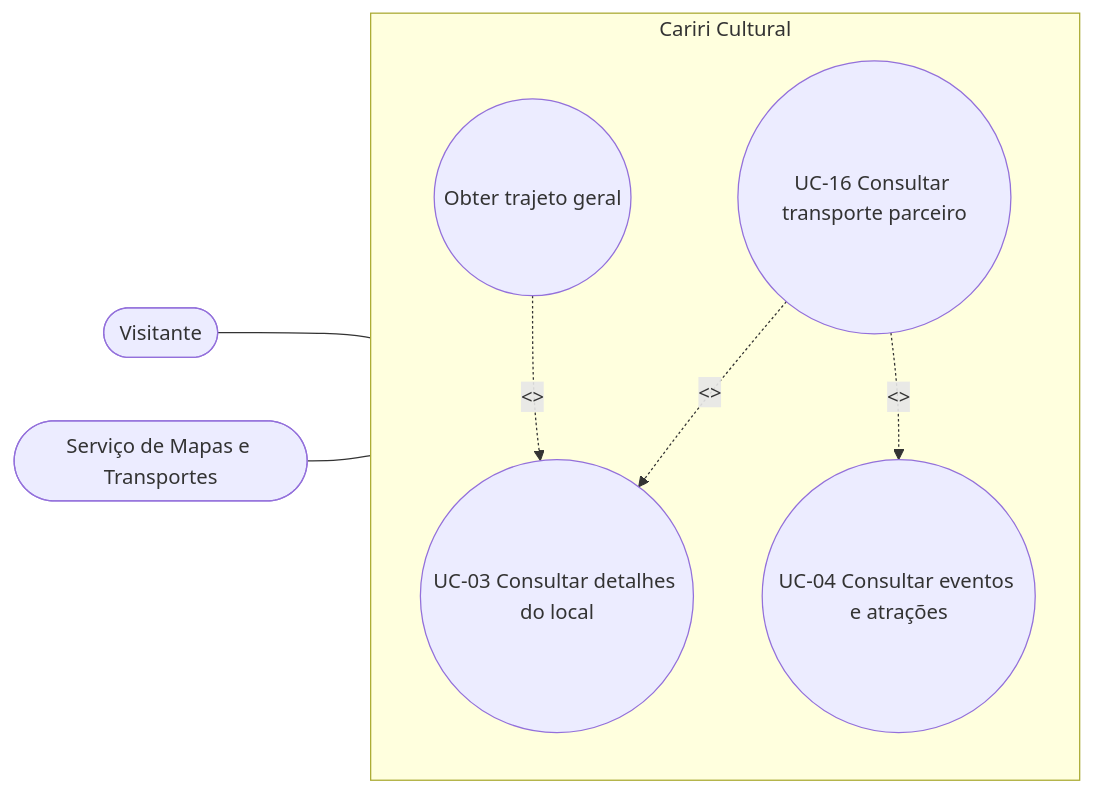
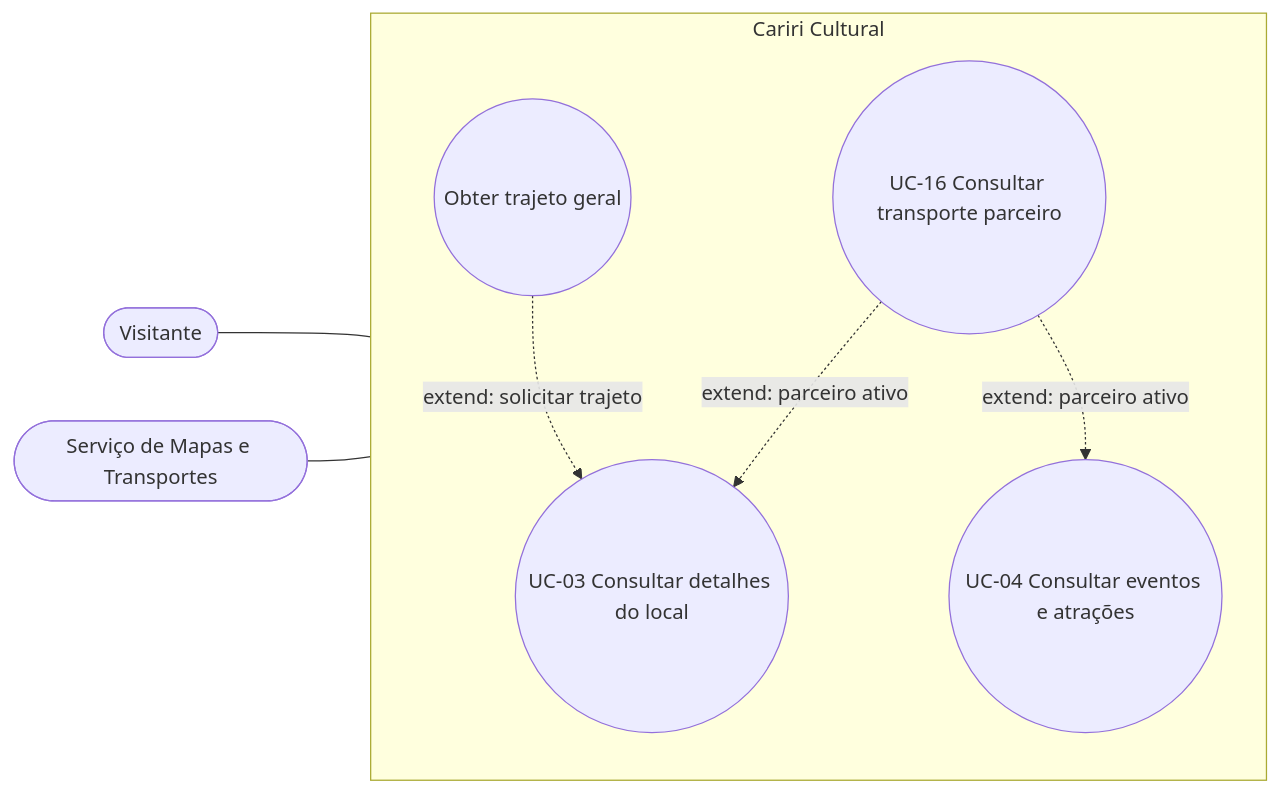
The third of 5 diagrams in home/user-cases/use-cases-diagram.md (alan-mendes-ufca/CaririCultural), drawn with Mermaid before and after one commit. The commit also changed other lines of this file, not shown here.

Commit message:
fix `use-cases-diagram` relationships

````diff
--- a/home/user-cases/use-cases-diagram.md
+++ b/home/user-cases/use-cases-diagram.md
@@ -108,27 +108,27 @@
 ```mermaid
 flowchart LR
     %% Atores
     V([Visitante])
     MAP([Serviço de Mapas e Transportes])
 
     %% Fronteira
     subgraph CC [Cariri Cultural]
         direction TB
         UC03((UC-03 Consultar detalhes do local))
         UC04((UC-04 Consultar eventos e atrações))
         UC16((UC-16 Consultar transporte parceiro))
 
         %% Extends
         TRAJ((Obter trajeto geral))
     end
 
     %% Relações Ator -> Caso de Uso
     V --- UC16
 
     %% Relações Include / Extend
-    UC16 -.->|"<<extend: parceiro ativo>>"| UC03
-    UC16 -.->|"<<extend: parceiro ativo>>"| UC04
-    TRAJ -.->|"<<extend: solicitar trajeto>>"| UC03
+    UC16 -.->|extend: parceiro ativo| UC03
+    UC16 -.->|extend: parceiro ativo| UC04
+    TRAJ -.->|extend: solicitar trajeto| UC03
 
     MAP --- TRAJ
 ```
````
